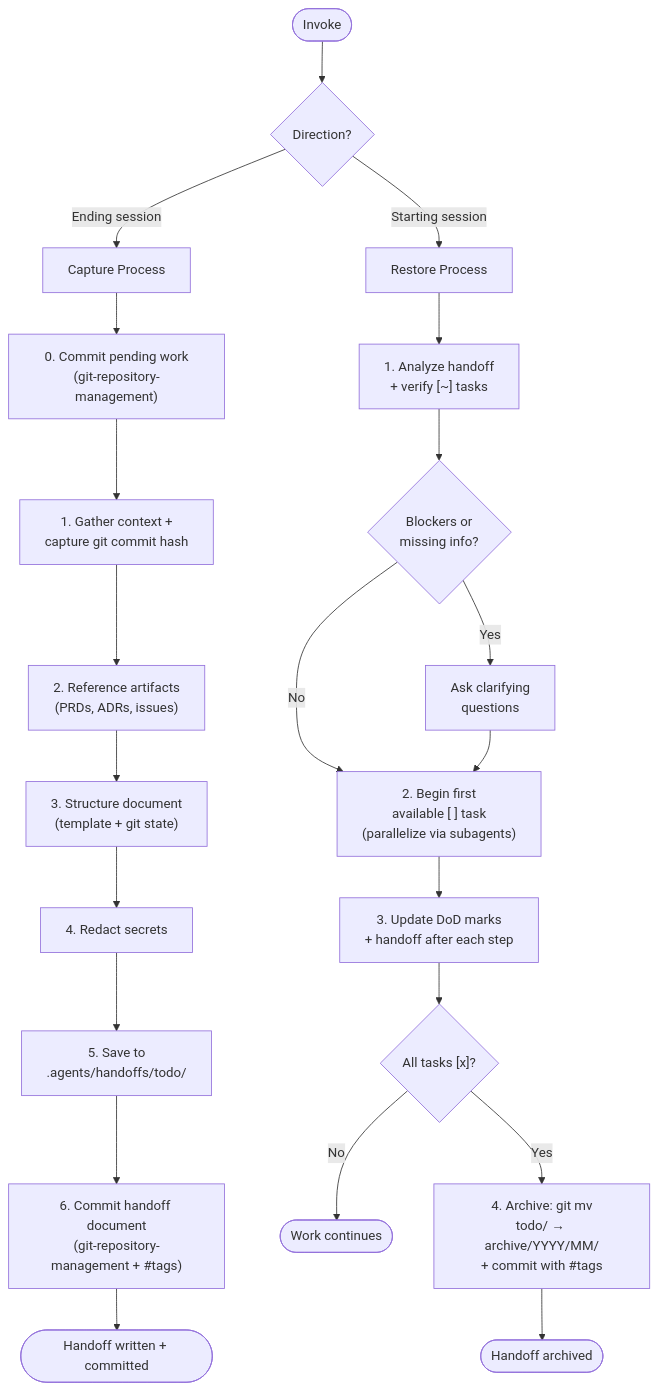
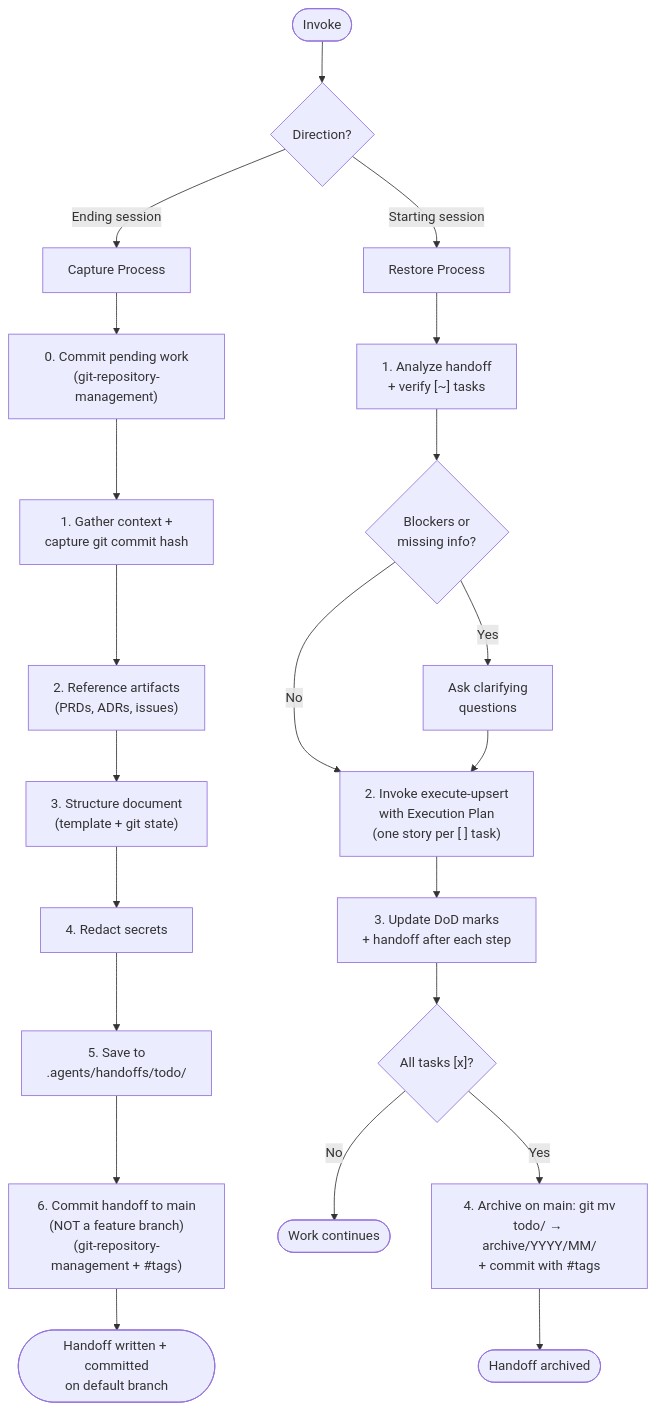
Before and after one commit to levonk/skills-releases: the diagram in skills/ai/handoff/INSTRUCTIONS.md, drawn with Mermaid. The commit also changed other lines of this file and 553 other files, not shown here.

````diff
--- a/skills/ai/handoff/INSTRUCTIONS.md
+++ b/skills/ai/handoff/INSTRUCTIONS.md
@@ -1929,26 +1695,26 @@
 ```mermaid
 flowchart TD
     Start([Invoke]) --> Mode{"Direction?"}
     Mode -->|"Ending session"| Capture["Capture Process"]
     Mode -->|"Starting session"| Restore["Restore Process"]
 
     Capture --> C0["0. Commit pending work<br/>(git-repository-management)"]
     C0 --> C1["1. Gather context +<br/>capture git commit hash"]
     C1 --> C2["2. Reference artifacts<br/>(PRDs, ADRs, issues)"]
     C2 --> C3["3. Structure document<br/>(template + git state)"]
     C3 --> C4["4. Redact secrets"]
     C4 --> C5["5. Save to<br/>.agents/handoffs/todo/"]
-    C5 --> C6["6. Commit handoff document<br/>(git-repository-management + #tags)"]
-    C6 --> DoneCapture([Handoff written + committed])
+    C5 --> C6["6. Commit handoff to main<br/>(NOT a feature branch)<br/>(git-repository-management + #tags)"]
+    C6 --> DoneCapture([Handoff written + committed<br/>on default branch])
 
     Restore --> R1["1. Analyze handoff<br/>+ verify [~] tasks"]
     R1 --> R2{"Blockers or<br/>missing info?"}
     R2 -->|"Yes"| Ask["Ask clarifying<br/>questions"]
-    R2 -->|"No"| R3["2. Begin first<br/>available [ ] task<br/>(parallelize via subagents)"]
+    R2 -->|"No"| R3["2. Invoke execute-upsert<br/>with Execution Plan<br/>(one story per [ ] task)"]
     Ask --> R3
     R3 --> R4["3. Update DoD marks<br/>+ handoff after each step"]
     R4 --> R5{"All tasks [x]?"}
     R5 -->|"No"| DoneRestore([Work continues])
-    R5 -->|"Yes"| R6["4. Archive: git mv<br/>todo/ → archive/YYYY/MM/<br/>+ commit with #tags"]
+    R5 -->|"Yes"| R6["4. Archive on main: git mv<br/>todo/ → archive/YYYY/MM/<br/>+ commit with #tags"]
     R6 --> DoneArchive([Handoff archived])
 ```
````
